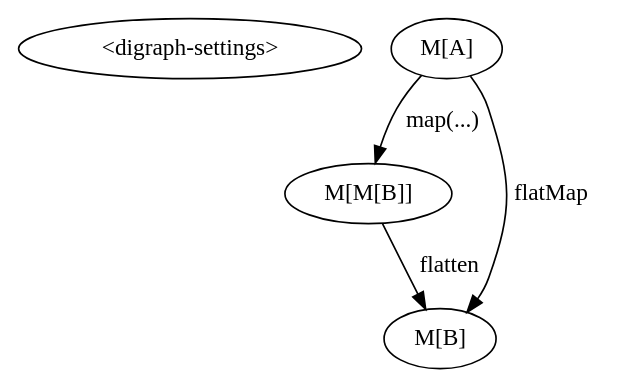
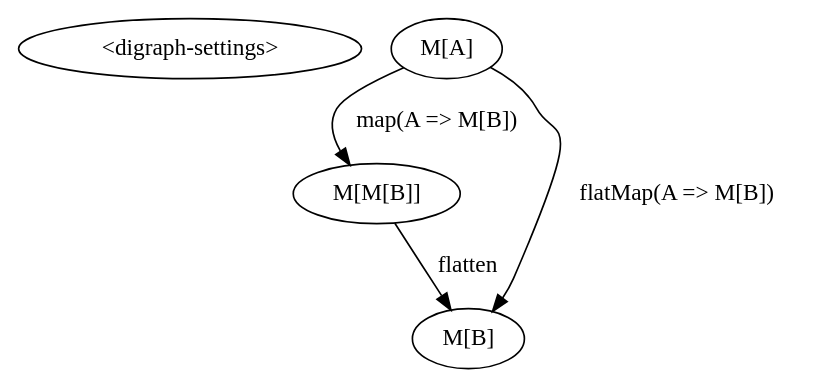
The ninth of 9 diagrams in full/why-are-monads-hard/talk.org (Vodurden/talks), drawn with Graphviz before and after one commit. The commit also changed 3 other files, not shown here.

First line of the commit message:
Minor tweaks to the flatmap diagram

```diff
--- a/full/why-are-monads-hard/talk.org
+++ b/full/why-are-monads-hard/talk.org
@@ -433,13 +433,13 @@
     #+BEGIN_SRC dot :noweb yes :file flatmap.png :cmdline -Kdot -Tpng
       digraph {
         <<digraph-settings>>
 
         ma [label="M[A]"]
         mmb [label="M[M[B]]"]
         mb [label="M[B]"]
 
-        ma -> mmb [label="map(...)"]
+        ma -> mmb [label="map(A => M[B])"]
         mmb -> mb [label="flatten"]
-        ma -> mb [label="flatMap"]
+        ma -> mb [label="flatMap(A => M[B])"]
       }
     #+END_SRC
```
